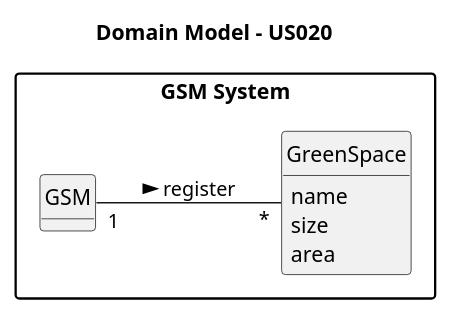
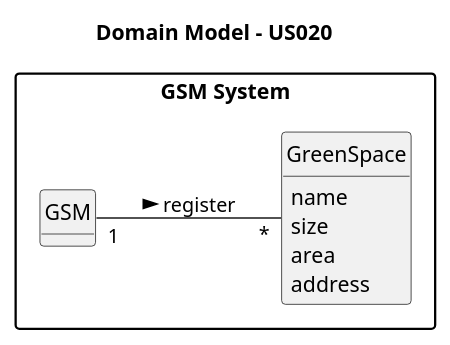
The diagram in docs/sprintC/us020/02.analysis/puml/us020-domain-model.puml (SAEmanuel/Green_Spaces_Management_ISEP), drawn with PlantUML before and after one commit. The commit also changed 8 other files, not shown here.

```diff
--- a/docs/sprintC/us020/02.analysis/puml/us020-domain-model.puml
+++ b/docs/sprintC/us020/02.analysis/puml/us020-domain-model.puml
@@ -1,37 +1,38 @@
 @startuml
 skinparam monochrome true
 skinparam packageStyle rectangle
 skinparam shadowing false
 
 left to right direction
 
 skinparam classAttributeIconSize 0
 
 hide circle
 hide methods
 package "GSM System" {
 
 title Domain Model - US020
 
 
 
 class GSM {
 }
 
 class GreenSpace {
          name
          size
          area
+         address
 }
 
 
 
 
 
 GSM "1" -- "*" GreenSpace : register >
 
 
 
 
 
 @enduml
```
